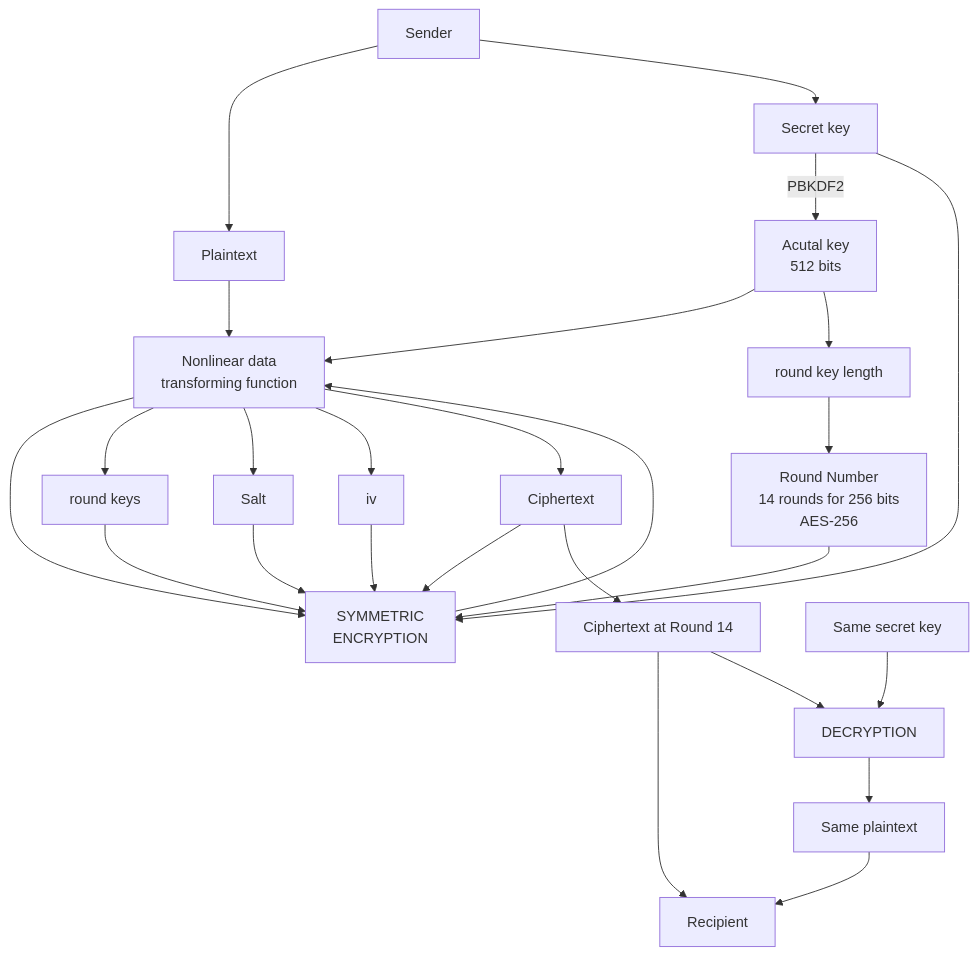
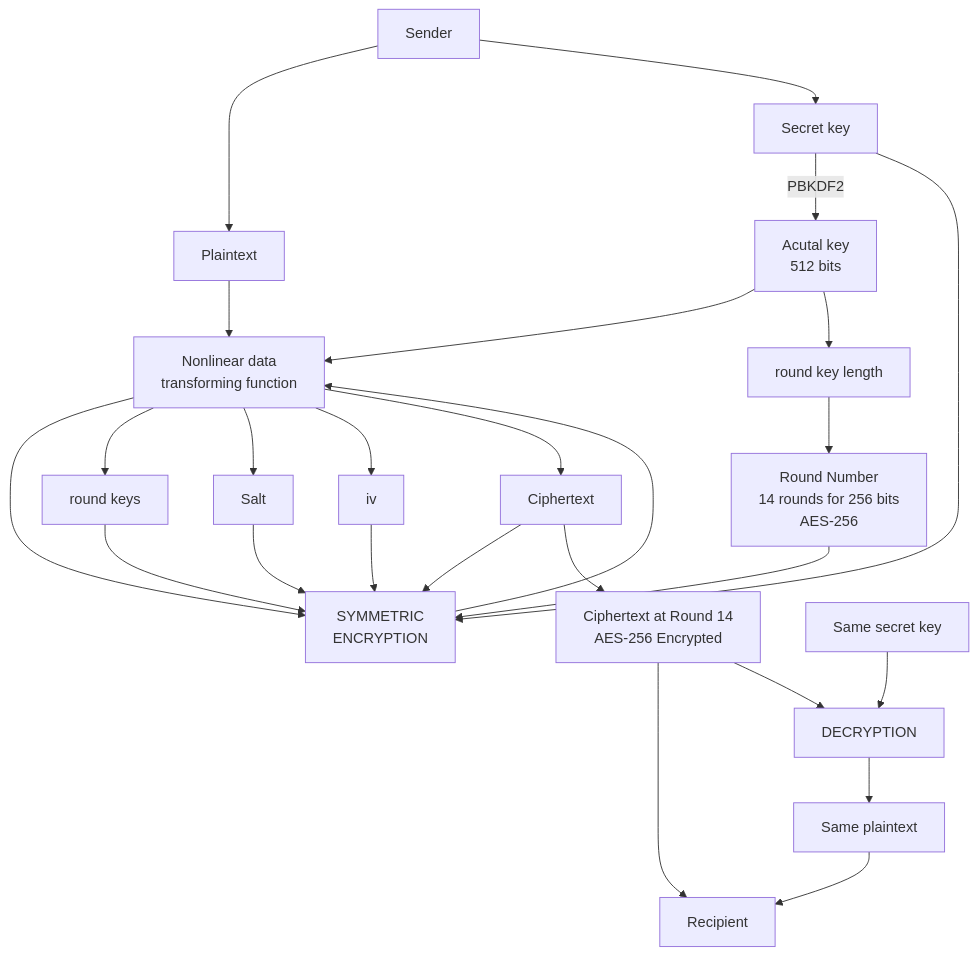
One commit to Kietpawpan/encryption changed the diagram in README.md. Above: the diagram before and after it, drawn with Mermaid.

````diff
--- a/README.md
+++ b/README.md
@@ -5,17 +5,17 @@
 ```mermaid
 flowchart TD
     A[Sender] --> B[Plaintext]-->FC
     C[Secret key]--PBKDF2-->AK[Acutal key\n512 bits]-->FC-->D[SYMMETRIC\nENCRYPTION]-->FC
-    FN[Ciphertext at Round 14]-->F[Recipient]
+    FN[Ciphertext at Round 14\nAES-256 Encrypted]-->F[Recipient]
     C2[Same secret key]-->G[DECRYPTION]-->I[Same plaintext]-->F
      FN-->G
 A-->C-->D
 RK[round keys]-->D
 AK-->RKL[round key length]-->RN[Round Number\n14 rounds for 256 bits\nAES-256]-->D
 FC[Nonlinear data \ntransforming function]
 FC-->RK
 FC-->SL[Salt]-->D
 FC-->iv[iv]-->D
 FC-->CFT[Ciphertext]-->D
 CFT-->FN
 ```
````
